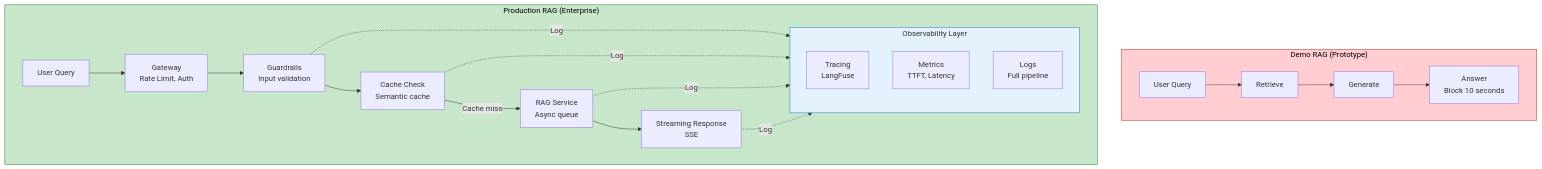
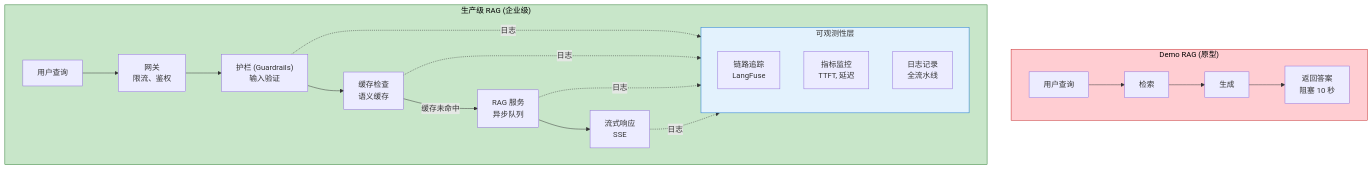
One commit to YiWang24/AiDIY changed the diagram in i18n/zh-Hans/docusaurus-plugin-content-docs/current/ai/rag/08-production.mdx. Above: the diagram before and after it, drawn with Mermaid. The commit also changed other lines of this file and 59 other files, not shown here.

````diff
--- a/i18n/zh-Hans/docusaurus-plugin-content-docs/current/ai/rag/08-production.mdx
+++ b/i18n/zh-Hans/docusaurus-plugin-content-docs/current/ai/rag/08-production.mdx
@@ -34,35 +34,35 @@
 ```mermaid
 flowchart TB
-    subgraph Demo["Demo RAG (Prototype)"]
-        D1["User Query"] --> D2["Retrieve"]
-        D2 --> D3["Generate"]
-        D3 --> D4["Answer<br/>Block 10 seconds"]
+    subgraph Demo["Demo RAG (原型)"]
+        D1["用户查询"] --> D2["检索"]
+        D2 --> D3["生成"]
+        D3 --> D4["返回答案<br/>阻塞 10 秒"]
     end
 
-    subgraph Prod["Production RAG (Enterprise)"]
-        P1["User Query"] --> PG["Gateway<br/>Rate Limit, Auth"]
+    subgraph Prod["生产级 RAG (企业级)"]
+        P1["用户查询"] --> PG["网关<br/>限流、鉴权"]
 
-        PG --> P2["Guardrails<br/>Input validation"]
+        PG --> P2["护栏 (Guardrails)<br/>输入验证"]
 
-        P2 --> P3["Cache Check<br/>Semantic cache"]
+        P2 --> P3["缓存检查<br/>语义缓存"]
 
-        P3 -->|Cache miss| P4["RAG Service<br/>Async queue"]
+        P3 -->|缓存未命中| P4["RAG 服务<br/>异步队列"]
 
-        P4 --> P5["Streaming Response<br/>SSE"]
+        P4 --> P5["流式响应<br/>SSE"]
 
-        subgraph Observability["Observability Layer"]
-            O1["Tracing<br/>LangFuse"]
-            O2["Metrics<br/>TTFT, Latency"]
-            O3["Logs<br/>Full pipeline"]
+        subgraph Observability["可观测性层"]
+            O1["链路追踪<br/>LangFuse"]
+            O2["指标监控<br/>TTFT, 延迟"]
+            O3["日志记录<br/>全流水线"]
         end
 
-        P2 -.->|Log| Observability
-        P3 -.->|Log| Observability
-        P4 -.->|Log| Observability
-        P5 -.->|Log| Observability
+        P2 -.->|日志| Observability
+        P3 -.->|日志| Observability
+        P4 -.->|日志| Observability
+        P5 -.->|日志| Observability
     end
 
     style Demo fill:#ffcdd2,stroke:#c62828,color:#000
     style Prod fill:#c8e6c9,stroke:#2e7d32,color:#000
     style Observability fill:#e3f2fd,stroke:#1976d2
 ```
````
